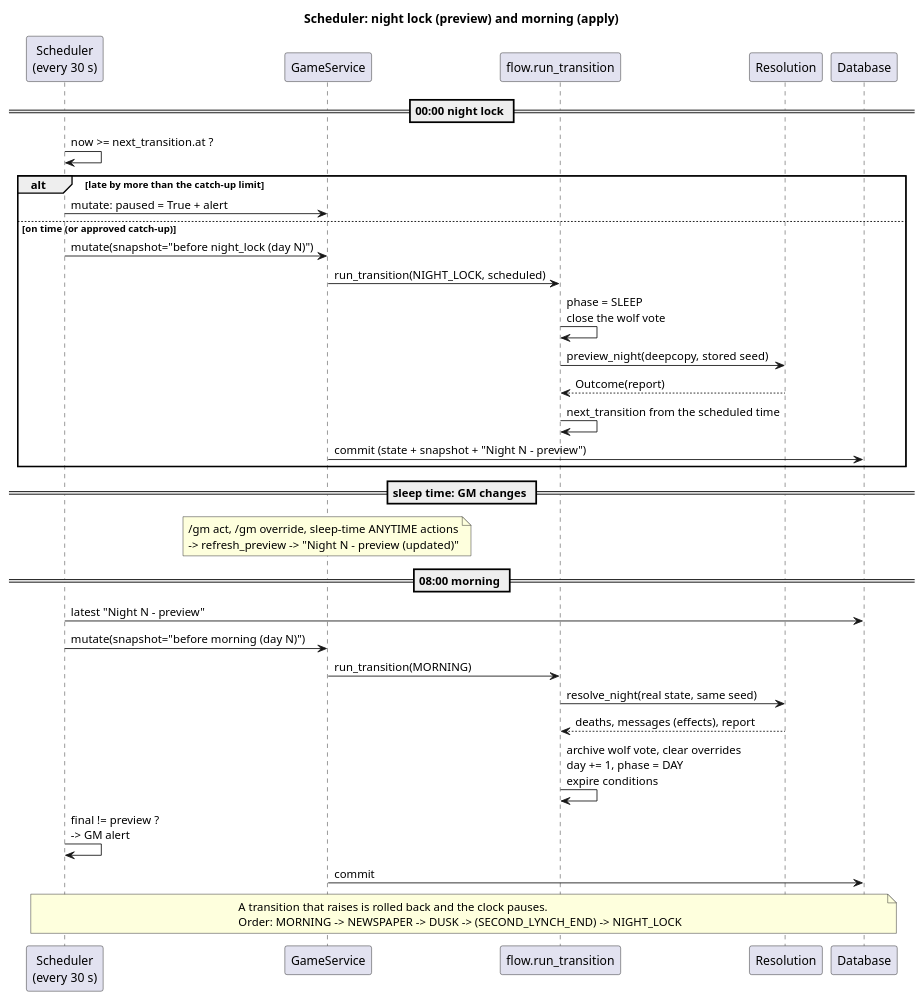
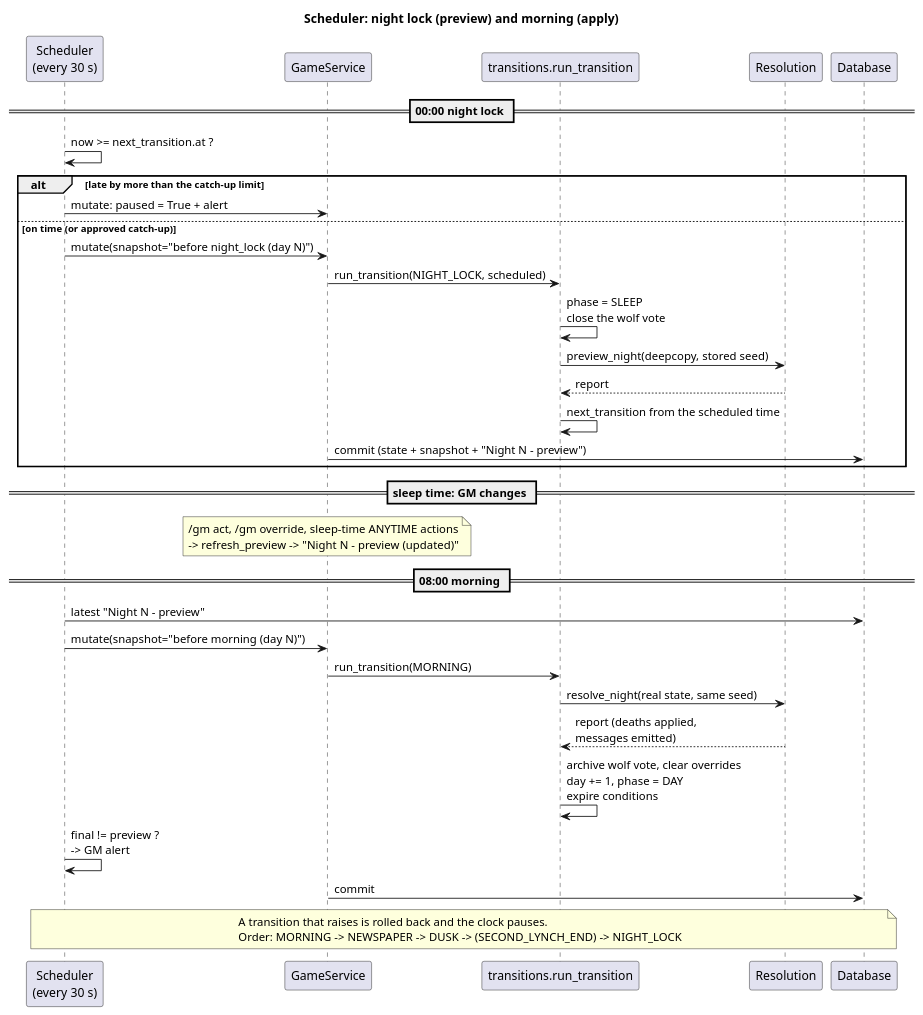
One commit to Mad-Scientist-Guild/Werewolves-bot changed the diagram in Docs/diagrams/11-seq-transition.puml. Above: the diagram before and after it, drawn with PlantUML. The commit also changed 87 other files, not shown here.

```diff
--- a/Docs/diagrams/11-seq-transition.puml
+++ b/Docs/diagrams/11-seq-transition.puml
@@ -1,41 +1,41 @@
 @startuml 11-seq-transition
 title Scheduler: night lock (preview) and morning (apply)
 
 participant "Scheduler\n(every 30 s)" as S
 participant GameService as GS
-participant "flow.run_transition" as FL
+participant "transitions.run_transition" as FL
 participant Resolution as RE
 participant Database as DB
 
 == 00:00 night lock ==
 S -> S : now >= next_transition.at ?
 alt late by more than the catch-up limit
   S -> GS : mutate: paused = True + alert
 else on time (or approved catch-up)
   S -> GS : mutate(snapshot="before night_lock (day N)")
   GS -> FL : run_transition(NIGHT_LOCK, scheduled)
   FL -> FL : phase = SLEEP\nclose the wolf vote
   FL -> RE : preview_night(deepcopy, stored seed)
-  RE --> FL : Outcome(report)
+  RE --> FL : report
   FL -> FL : next_transition from the scheduled time
   GS -> DB : commit (state + snapshot + "Night N - preview")
 end
 
 == sleep time: GM changes ==
 note over GS : /gm act, /gm override, sleep-time ANYTIME actions\n-> refresh_preview -> "Night N - preview (updated)"
 
 == 08:00 morning ==
 S -> DB : latest "Night N - preview"
 S -> GS : mutate(snapshot="before morning (day N)")
 GS -> FL : run_transition(MORNING)
 FL -> RE : resolve_night(real state, same seed)
-RE --> FL : deaths, messages (effects), report
+RE --> FL : report (deaths applied,\nmessages emitted)
 FL -> FL : archive wolf vote, clear overrides\nday += 1, phase = DAY\nexpire conditions
 S -> S : final != preview ?\n-> GM alert
 GS -> DB : commit
 
 note over S, DB
   A transition that raises is rolled back and the clock pauses.
   Order: MORNING -> NEWSPAPER -> DUSK -> (SECOND_LYNCH_END) -> NIGHT_LOCK
 end note
 @enduml
```
